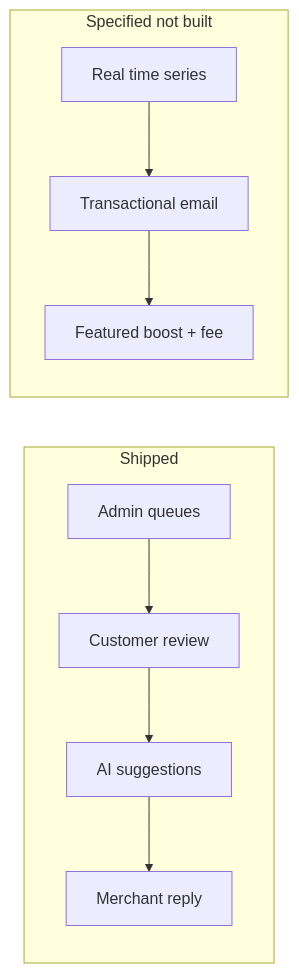
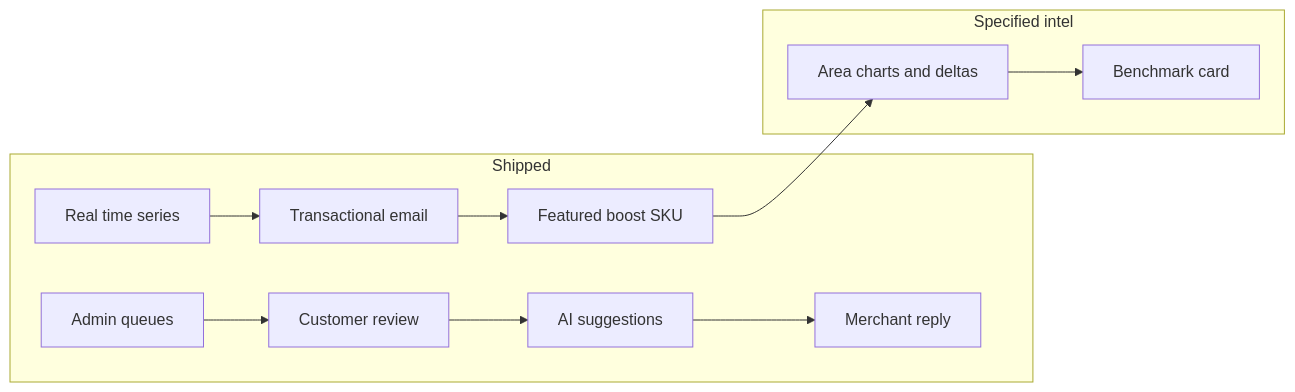
Diagram 20 of 20 in README.md (krishnaviswa/MEngPlat), drawn with Mermaid before and after one commit. The commit also changed other lines of this file and 50 other files, not shown here.

````diff
--- a/README.md
+++ b/README.md
@@ -2388,17 +2443,21 @@
 ```mermaid
 flowchart LR
   subgraph shipped [Shipped]
     Cust[Customer review]
     AI[AI suggestions]
     Merch[Merchant reply]
     Adm[Admin queues]
-  end
-  subgraph next [Specified not built]
     Charts[Real time series]
     Email[Transactional email]
-    Fees[Featured boost + fee]
+    Fees[Featured boost SKU]
+  end
+  subgraph next [Specified intel]
+    MoreCharts[Area charts and deltas]
+    Bench[Benchmark card]
   end
   Cust --> AI --> Merch
   Adm --> Cust
   Charts --> Email --> Fees
+  Fees --> MoreCharts
+  MoreCharts --> Bench
 ```
````
